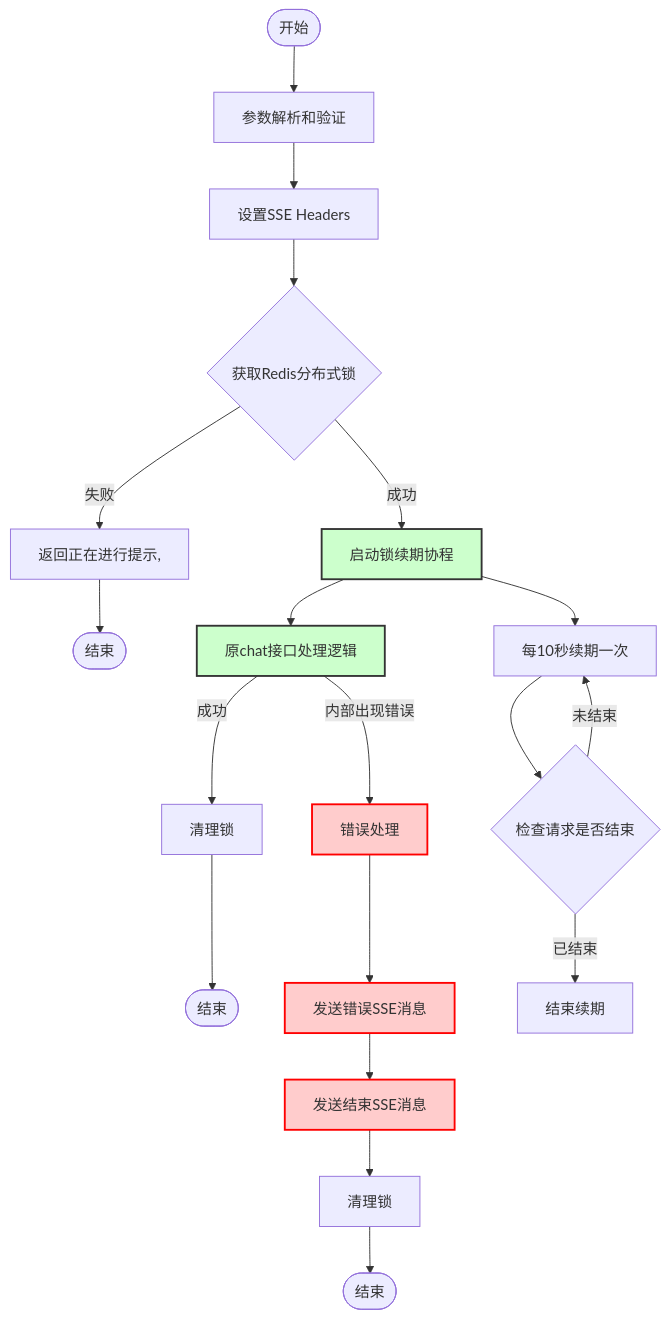
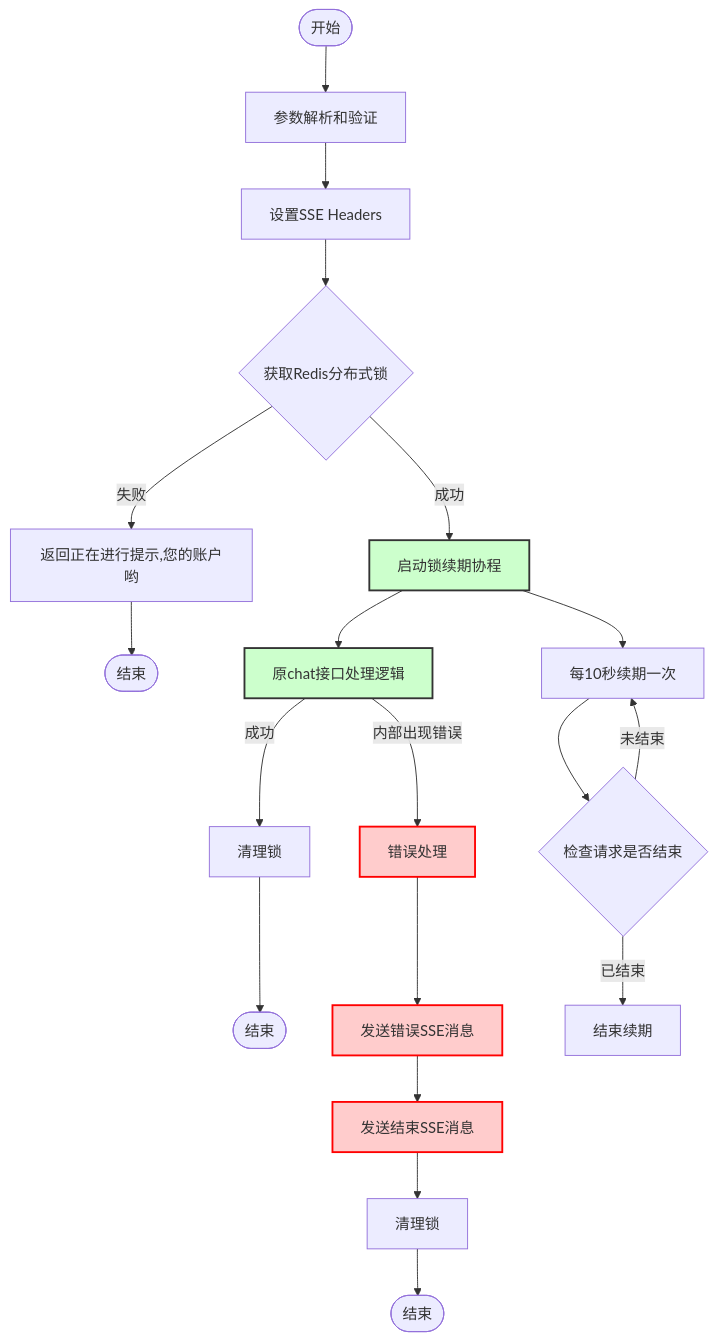
One commit to yingjianzh/iodraw-files changed the diagram in all/未命名-15.md. Above: the diagram before and after it, drawn with Mermaid.

Commit message:
2025-01-02 17:47:25 update

````diff
--- a/all/未命名-15.md
+++ b/all/未命名-15.md
@@ -1,34 +1,34 @@
 ```mermaid
 flowchart TD
     Start([开始]) --> A[参数解析和验证]
     A --> B[设置SSE Headers]
     B --> C{获取Redis分布式锁}
     
-    C -->|失败| D[返回正在进行提示,]
+    C -->|失败| D[返回正在进行提示,您的账户哟]
     D --> End1([结束])
     
     C -->|成功| E[启动锁续期协程]
     E --> F[原chat接口处理逻辑]
     
     F -->|内部出现错误| G[错误处理]
      %% 正常结束流程
     F -->|成功| N[清理锁]
     N --> End3([结束])
     
     %% 错误处理流程
     G --> K[发送错误SSE消息]
     K --> L[发送结束SSE消息]
     L --> M[清理锁]
     M --> End2([结束])
     
     %% 锁续期协程
     E --> O[每10秒续期一次]
     O --> P{检查请求是否结束}
     P -->|未结束| O
     P -->|已结束| Q[结束续期]
     
     classDef error fill:#ffcccc,stroke:#ff0000,stroke-width:2px
     classDef normal fill:#ccffcc,stroke:#333,stroke-width:2px
     class G,K,L error
     class E,F,I,J normal
 ```
````
